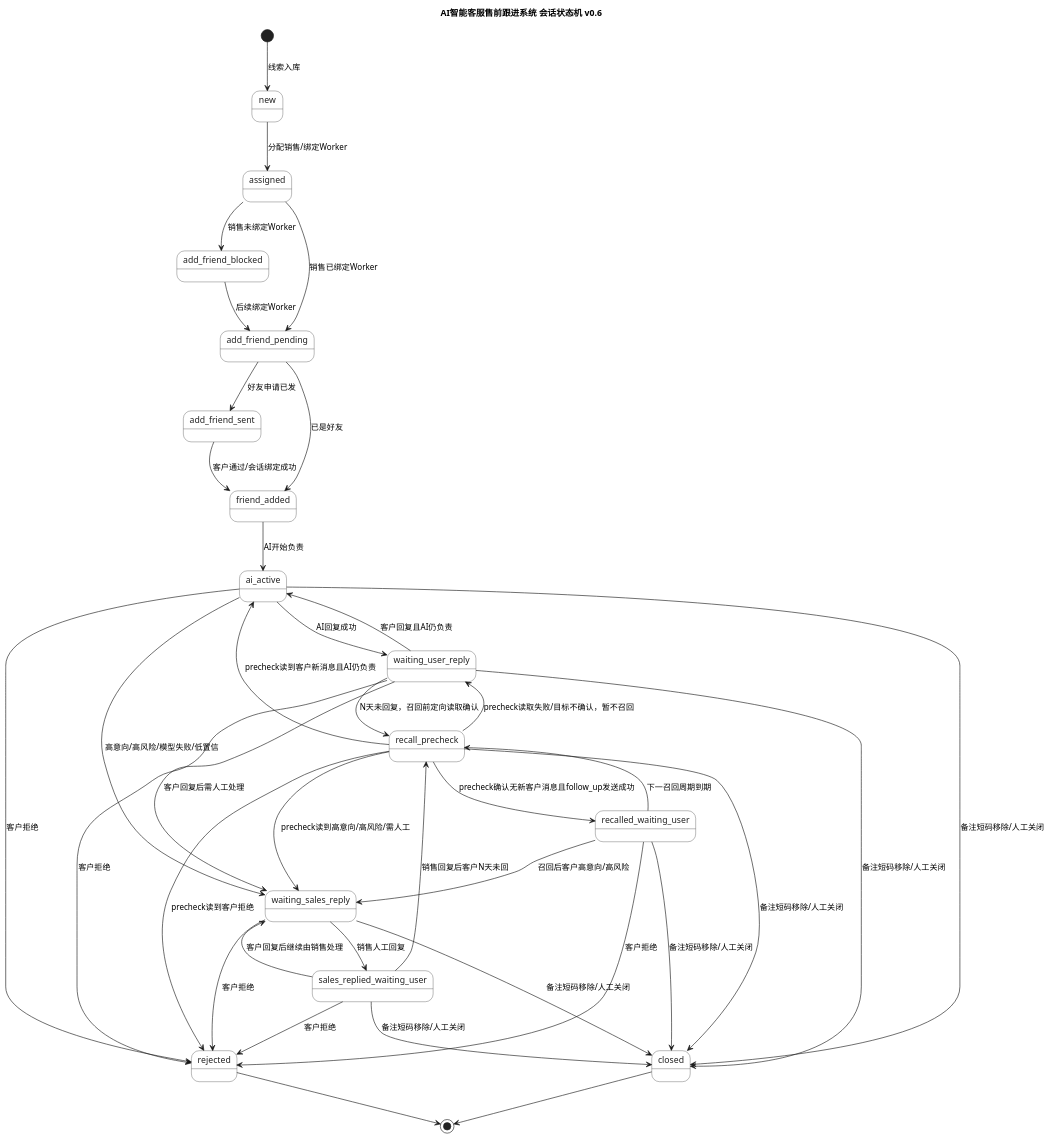
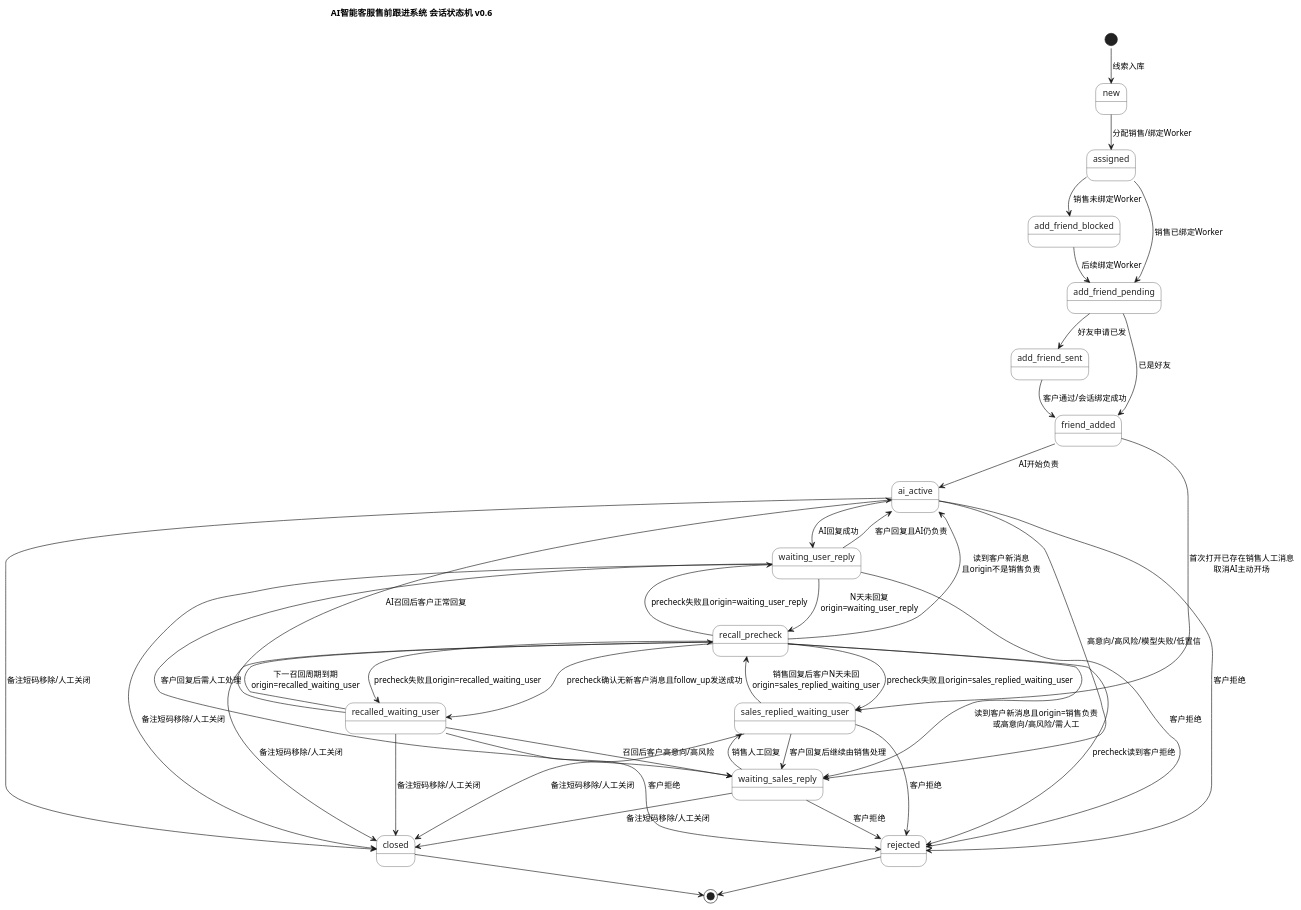
Before and after one commit to edwardzhang0304/chejin-ai-sales: the diagram in deliverables/AI智能客服售前跟进系统_会话状态机图_v0.6.puml, drawn with PlantUML. The commit also changed 56 other files, not shown here.

Commit message:
docs(c2): publish v16.104 architecture evidence

```diff
--- a/deliverables/AI智能客服售前跟进系统_会话状态机图_v0.6.puml
+++ b/deliverables/AI智能客服售前跟进系统_会话状态机图_v0.6.puml
@@ -1,55 +1,60 @@
 @startuml
 title AI智能客服售前跟进系统 会话状态机 v0.6
+!pragma layout smetana
 
 skinparam monochrome true
 skinparam shadowing false
 skinparam state {
   BorderColor #222222
   BackgroundColor #FFFFFF
   FontColor #222222
 }
 
 [*] --> new : 线索入库
 new --> assigned : 分配销售/绑定Worker
 assigned --> add_friend_blocked : 销售未绑定Worker
 add_friend_blocked --> add_friend_pending : 后续绑定Worker
 assigned --> add_friend_pending : 销售已绑定Worker
 add_friend_pending --> add_friend_sent : 好友申请已发
 add_friend_pending --> friend_added : 已是好友
 add_friend_sent --> friend_added : 客户通过/会话绑定成功
 friend_added --> ai_active : AI开始负责
+friend_added --> sales_replied_waiting_user : 首次打开已存在销售人工消息\n取消AI主动开场
 
 ai_active --> waiting_user_reply : AI回复成功
 waiting_user_reply --> ai_active : 客户回复且AI仍负责
+recalled_waiting_user --> ai_active : AI召回后客户正常回复
 
-waiting_user_reply --> recall_precheck : N天未回复，召回前定向读取确认
-recalled_waiting_user --> recall_precheck : 下一召回周期到期
-sales_replied_waiting_user --> recall_precheck : 销售回复后客户N天未回
-recall_precheck --> ai_active : precheck读到客户新消息且AI仍负责
-recall_precheck --> waiting_sales_reply : precheck读到高意向/高风险/需人工
+waiting_user_reply --> recall_precheck : N天未回复\norigin=waiting_user_reply
+recalled_waiting_user --> recall_precheck : 下一召回周期到期\norigin=recalled_waiting_user
+sales_replied_waiting_user --> recall_precheck : 销售回复后客户N天未回\norigin=sales_replied_waiting_user
+recall_precheck --> ai_active : 读到客户新消息\n且origin不是销售负责
+recall_precheck --> waiting_sales_reply : 读到客户新消息且origin=销售负责\n或高意向/高风险/需人工
 recall_precheck --> recalled_waiting_user : precheck确认无新客户消息且follow_up发送成功
-recall_precheck --> waiting_user_reply : precheck读取失败/目标不确认，暂不召回
+recall_precheck --> waiting_user_reply : precheck失败且origin=waiting_user_reply
+recall_precheck --> recalled_waiting_user : precheck失败且origin=recalled_waiting_user
+recall_precheck --> sales_replied_waiting_user : precheck失败且origin=sales_replied_waiting_user
 
 ai_active --> waiting_sales_reply : 高意向/高风险/模型失败/低置信
 waiting_user_reply --> waiting_sales_reply : 客户回复后需人工处理
 recalled_waiting_user --> waiting_sales_reply : 召回后客户高意向/高风险
 waiting_sales_reply --> sales_replied_waiting_user : 销售人工回复
 sales_replied_waiting_user --> waiting_sales_reply : 客户回复后继续由销售处理
 
 ai_active --> rejected : 客户拒绝
 waiting_user_reply --> rejected : 客户拒绝
 recalled_waiting_user --> rejected : 客户拒绝
 waiting_sales_reply --> rejected : 客户拒绝
 sales_replied_waiting_user --> rejected : 客户拒绝
 recall_precheck --> rejected : precheck读到客户拒绝
 
 ai_active --> closed : 备注短码移除/人工关闭
 waiting_user_reply --> closed : 备注短码移除/人工关闭
 recalled_waiting_user --> closed : 备注短码移除/人工关闭
 waiting_sales_reply --> closed : 备注短码移除/人工关闭
 sales_replied_waiting_user --> closed : 备注短码移除/人工关闭
 recall_precheck --> closed : 备注短码移除/人工关闭
 
 rejected --> [*]
 closed --> [*]
 @enduml
```
